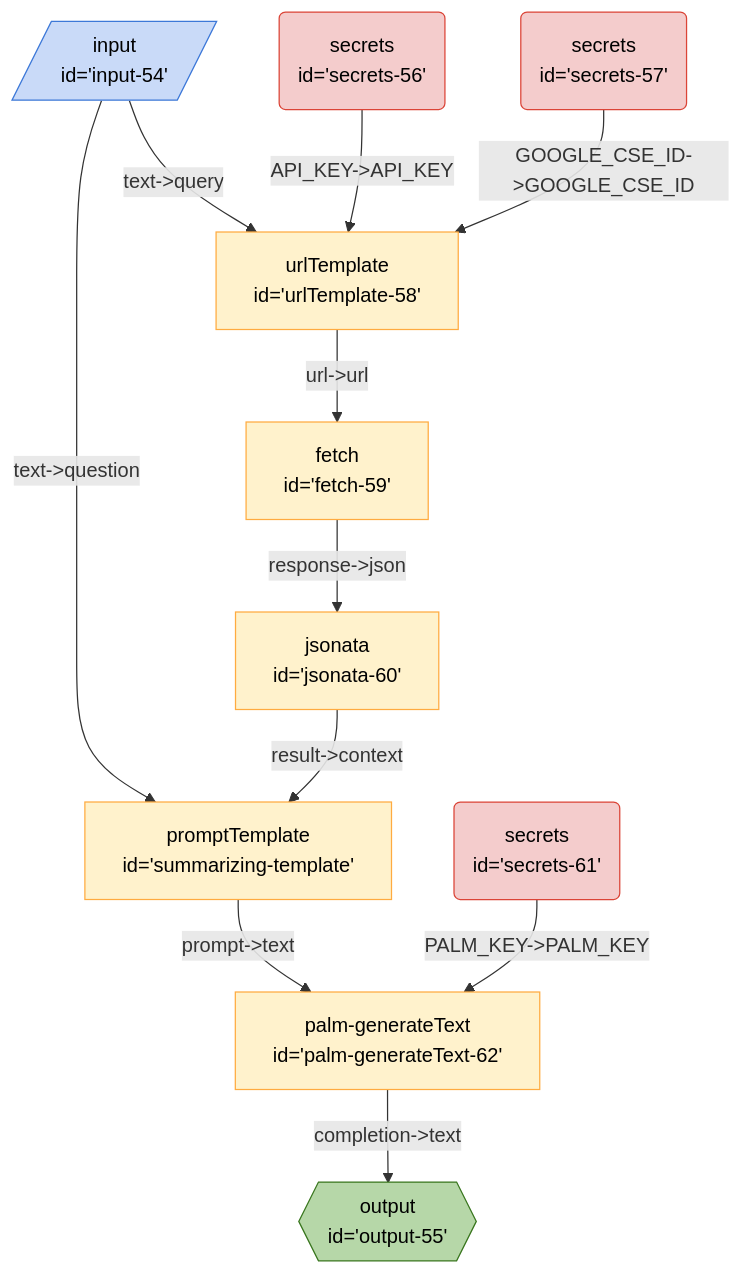
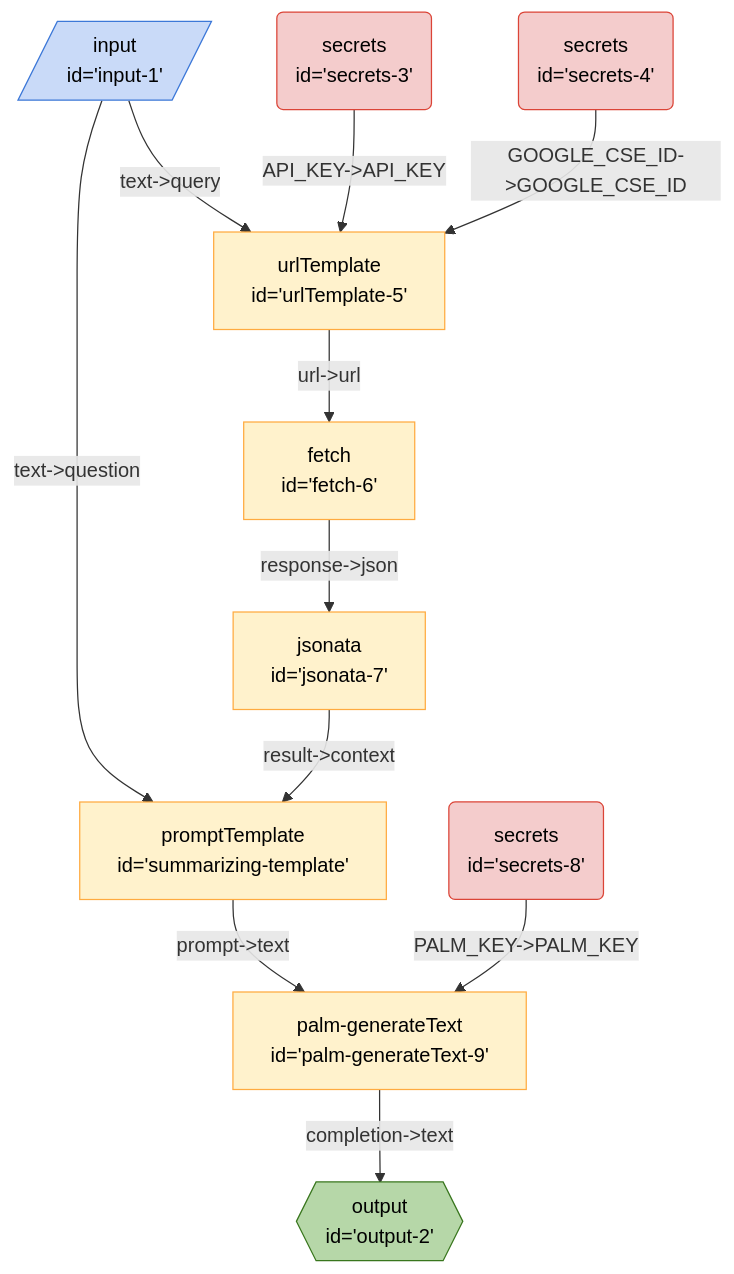
One commit to breadboard-ai/breadboard changed the diagram in seeds/breadboard-web/docs/graphs/new/search-summarize-as-action.md. Above: the diagram before and after it, drawn with Mermaid. The commit also changed 20 other files, not shown here.

Commit message:
[new syntax] saner ids in example graphs

````diff
--- a/seeds/breadboard-web/docs/graphs/new/search-summarize-as-action.md
+++ b/seeds/breadboard-web/docs/graphs/new/search-summarize-as-action.md
@@ -3,22 +3,22 @@
 ```mermaid
 %%{init: 'themeVariables': { 'fontFamily': 'Fira Code, monospace' }}%%
 graph TD;
-palmgenerateText62["palm-generateText <br> id='palm-generateText-62'"] -- "completion->text" --> output55{{"output <br> id='output-55'"}}:::output
-summarizingtemplate["promptTemplate <br> id='summarizing-template'"] -- "prompt->text" --> palmgenerateText62["palm-generateText <br> id='palm-generateText-62'"]
-secrets61("secrets <br> id='secrets-61'"):::secrets -- "PALM_KEY->PALM_KEY" --> palmgenerateText62["palm-generateText <br> id='palm-generateText-62'"]
-input54[/"input <br> id='input-54'"/]:::input -- "text->query" --> urlTemplate58["urlTemplate <br> id='urlTemplate-58'"]
-input54[/"input <br> id='input-54'"/]:::input -- "text->question" --> summarizingtemplate["promptTemplate <br> id='summarizing-template'"]
-jsonata60["jsonata <br> id='jsonata-60'"] -- "result->context" --> summarizingtemplate["promptTemplate <br> id='summarizing-template'"]
-urlTemplate58["urlTemplate <br> id='urlTemplate-58'"] -- "url->url" --> fetch59["fetch <br> id='fetch-59'"]
-fetch59["fetch <br> id='fetch-59'"] -- "response->json" --> jsonata60["jsonata <br> id='jsonata-60'"]
-secrets56("secrets <br> id='secrets-56'"):::secrets -- "API_KEY->API_KEY" --> urlTemplate58["urlTemplate <br> id='urlTemplate-58'"]
-secrets57("secrets <br> id='secrets-57'"):::secrets -- "GOOGLE_CSE_ID->GOOGLE_CSE_ID" --> urlTemplate58["urlTemplate <br> id='urlTemplate-58'"]
+palmgenerateText9["palm-generateText <br> id='palm-generateText-9'"] -- "completion->text" --> output2{{"output <br> id='output-2'"}}:::output
+summarizingtemplate["promptTemplate <br> id='summarizing-template'"] -- "prompt->text" --> palmgenerateText9["palm-generateText <br> id='palm-generateText-9'"]
+secrets8("secrets <br> id='secrets-8'"):::secrets -- "PALM_KEY->PALM_KEY" --> palmgenerateText9["palm-generateText <br> id='palm-generateText-9'"]
+input1[/"input <br> id='input-1'"/]:::input -- "text->query" --> urlTemplate5["urlTemplate <br> id='urlTemplate-5'"]
+input1[/"input <br> id='input-1'"/]:::input -- "text->question" --> summarizingtemplate["promptTemplate <br> id='summarizing-template'"]
+jsonata7["jsonata <br> id='jsonata-7'"] -- "result->context" --> summarizingtemplate["promptTemplate <br> id='summarizing-template'"]
+urlTemplate5["urlTemplate <br> id='urlTemplate-5'"] -- "url->url" --> fetch6["fetch <br> id='fetch-6'"]
+fetch6["fetch <br> id='fetch-6'"] -- "response->json" --> jsonata7["jsonata <br> id='jsonata-7'"]
+secrets3("secrets <br> id='secrets-3'"):::secrets -- "API_KEY->API_KEY" --> urlTemplate5["urlTemplate <br> id='urlTemplate-5'"]
+secrets4("secrets <br> id='secrets-4'"):::secrets -- "GOOGLE_CSE_ID->GOOGLE_CSE_ID" --> urlTemplate5["urlTemplate <br> id='urlTemplate-5'"]
 classDef default stroke:#ffab40,fill:#fff2ccff,color:#000
 classDef input stroke:#3c78d8,fill:#c9daf8ff,color:#000
 classDef output stroke:#38761d,fill:#b6d7a8ff,color:#000
 classDef passthrough stroke:#a64d79,fill:#ead1dcff,color:#000
 classDef slot stroke:#a64d79,fill:#ead1dcff,color:#000
 classDef config stroke:#a64d79,fill:#ead1dcff,color:#000
 classDef secrets stroke:#db4437,fill:#f4cccc,color:#000
 classDef slotted stroke:#a64d79
 ```
````
